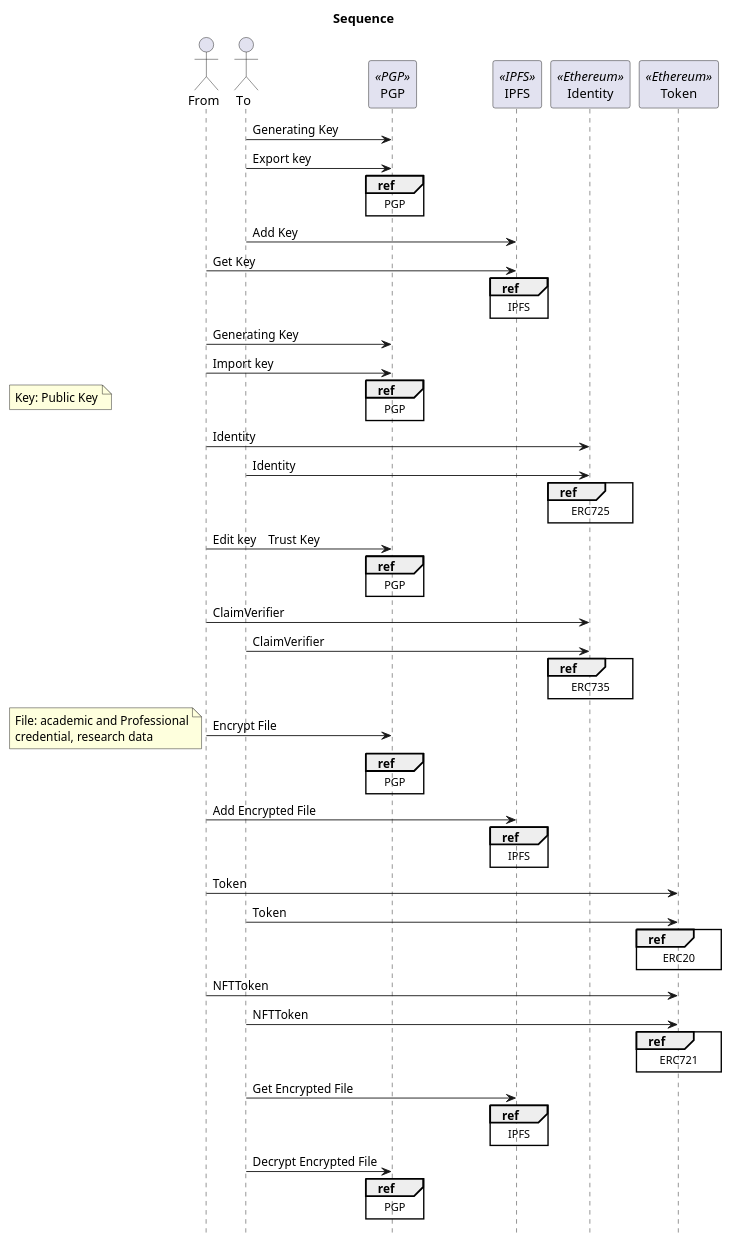
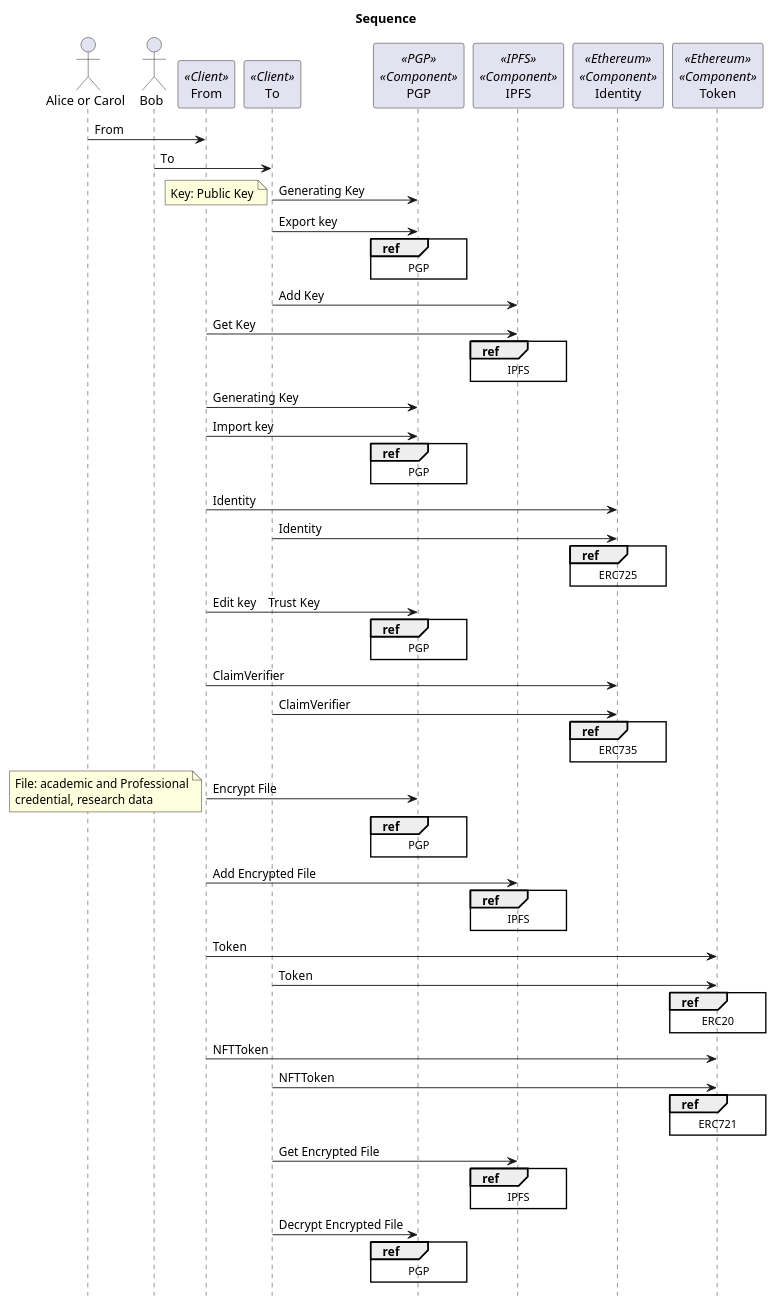
The diagram in docs/sequence.puml (0xywzx/truffle_tutorial), drawn with PlantUML before and after one commit. The commit also changed 1 other file, not shown here.

```diff
--- a/docs/sequence.puml
+++ b/docs/sequence.puml
@@ -2,53 +2,58 @@
 @startuml{sequence.png}
 title Sequence
 hide footbox
 
-actor  "From" as From
-actor  "To" as To
-participant "PGP" as PGP <<PGP>>
-participant "IPFS" as IPFS <<IPFS>>
-participant "Identity" as Identity <<Ethereum>>
-participant "Token" as Token <<Ethereum>>
+actor  "Alice or Carol" as Alice
+actor  "Bob" as Bob
+participant  "From" as From <<Client>>
+participant  "To" as To<<Client>>
+participant "PGP" as PGP <<PGP>> <<Component>>
+participant "IPFS" as IPFS <<IPFS>><<Component>>
+participant "Identity" as Identity <<Ethereum>><<Component>>
+participant "Token" as Token <<Ethereum>><<Component>>
 
+Alice -> From : From
+Bob -> To : To
 To  -> PGP : Generating Key
+note left
+Key: Public Key
+end note
 To  -> PGP : Export key
 ref over PGP : PGP
 To -> IPFS : Add Key
 From -> IPFS : Get Key
 ref over IPFS : IPFS
 From -> PGP : Generating Key
 From -> PGP : Import key
 ref over PGP : PGP
-note left
-Key: Public Key
-end note
+
 
 From -> Identity : Identity
 To -> Identity : Identity
 ref over Identity : ERC725
 
 From -> PGP : Edit key　Trust Key
 ref over PGP : PGP
 From -> Identity : ClaimVerifier
 To -> Identity : ClaimVerifier
 ref over Identity : ERC735
 
 From -> PGP : Encrypt File
 note left
 File: academic and Professional
 credential, research data
 end note
 ref over PGP : PGP
 From -> IPFS : Add Encrypted File
 ref over IPFS : IPFS
 From -> Token : Token
 To -> Token : Token
 ref over Token : ERC20
 From -> Token : NFTToken
 To -> Token : NFTToken
 ref over Token : ERC721
 To -> IPFS : Get Encrypted File
 ref over IPFS : IPFS
 To -> PGP : Decrypt Encrypted File
 ref over PGP : PGP
 @enduml
```
